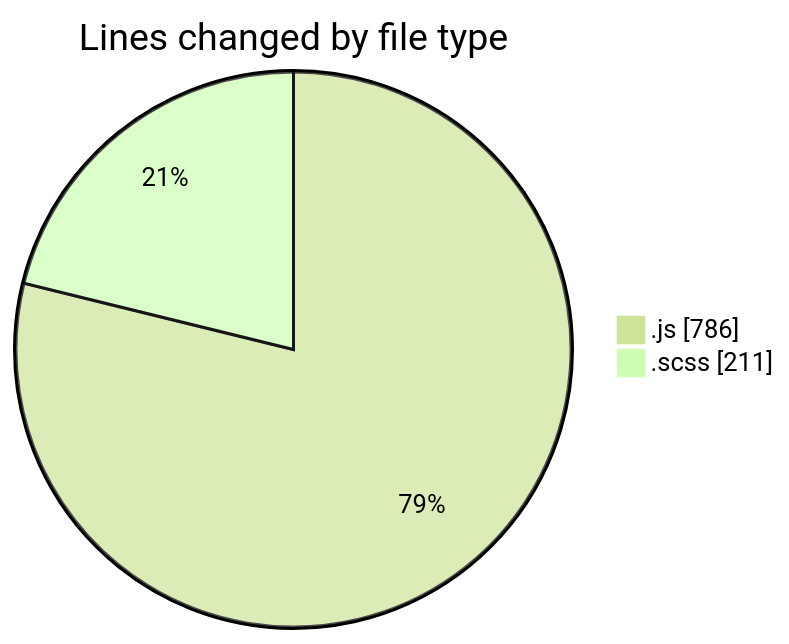
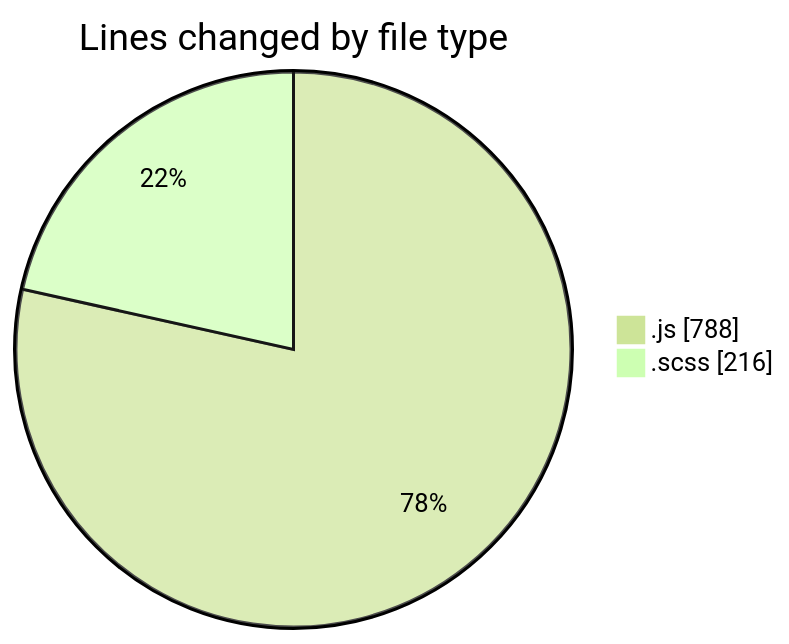
One commit to momahboobian/code-tracking changed the first of 2 diagrams in 2026-01-05/cda/README.md. Above: the diagram before and after it, drawn with Mermaid (forest theme). The commit also changed other lines of this file and 1 other file, not shown here.

````diff
--- a/2026-01-05/cda/README.md
+++ b/2026-01-05/cda/README.md
@@ -25,6 +25,6 @@
 ```mermaid
 pie showData
 title Lines changed by file type
-".js" : 786
-".scss" : 211
+".js" : 788
+".scss" : 216
 ```
````
